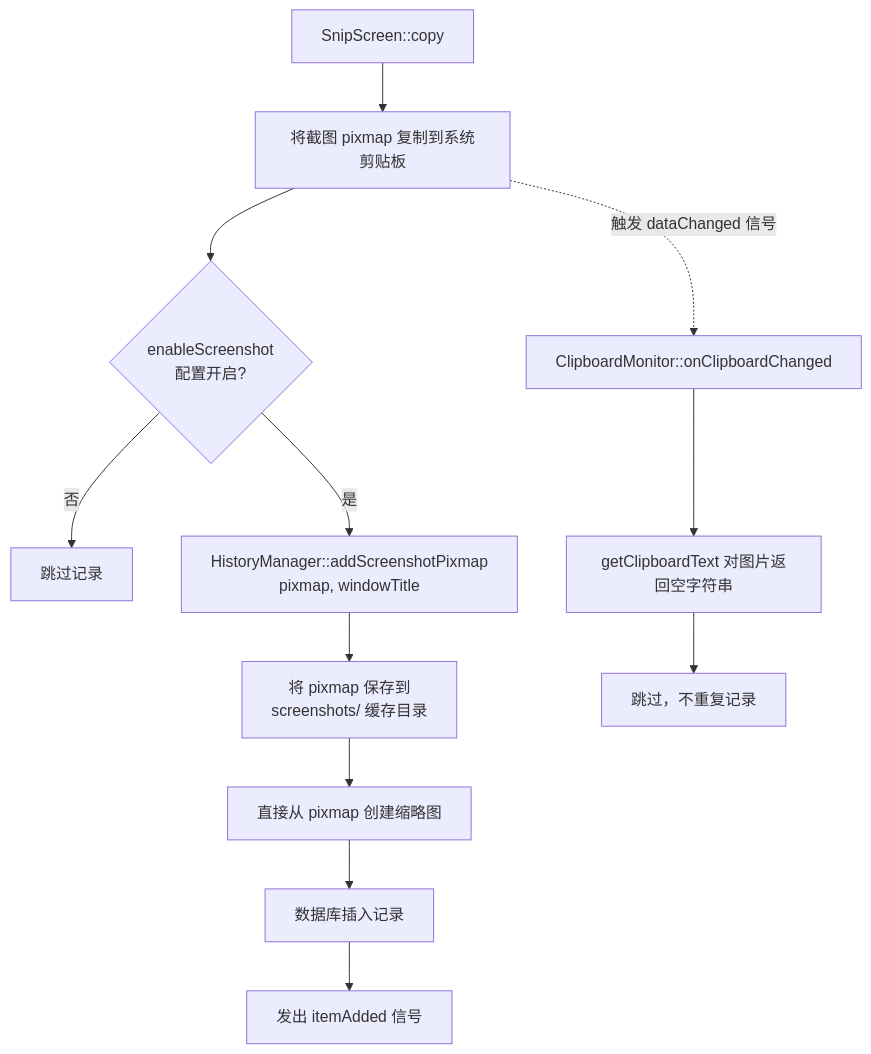
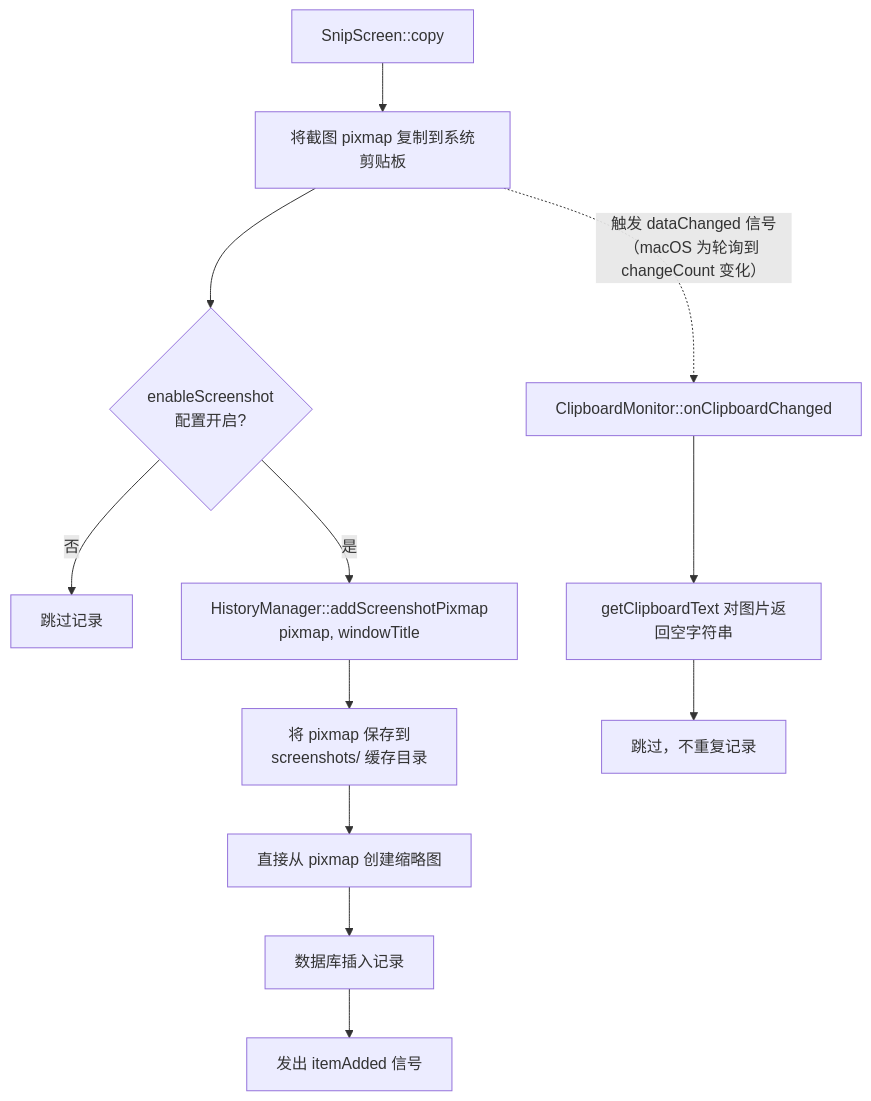
One commit to ChiangyangNPU/quick-shot changed the third of 6 diagrams in docs/history-feature.md. Above: the diagram before and after it, drawn with Mermaid. The commit also changed other lines of this file and 2 other files, not shown here.

````diff
--- a/docs/history-feature.md
+++ b/docs/history-feature.md
@@ -598,15 +599,15 @@
 ```mermaid
 flowchart TD
     A[SnipScreen::copy] --> B[将截图 pixmap 复制到系统剪贴板]
     B --> C{enableScreenshot<br/>配置开启?}
     C -->|否| End1[跳过记录]
     C -->|是| D[HistoryManager::addScreenshotPixmap<br/>pixmap, windowTitle]
     D --> E[将 pixmap 保存到<br/>screenshots/ 缓存目录]
     E --> F[直接从 pixmap 创建缩略图]
     F --> G[数据库插入记录]
     G --> H[发出 itemAdded 信号]
 
-    B -.->|触发 dataChanged 信号| I[ClipboardMonitor::onClipboardChanged]
+    B -.->|触发 dataChanged 信号（macOS 为轮询到 changeCount 变化）| I[ClipboardMonitor::onClipboardChanged]
     I --> J[getClipboardText 对图片返回空字符串]
     J --> K[跳过，不重复记录]
 ```
````
